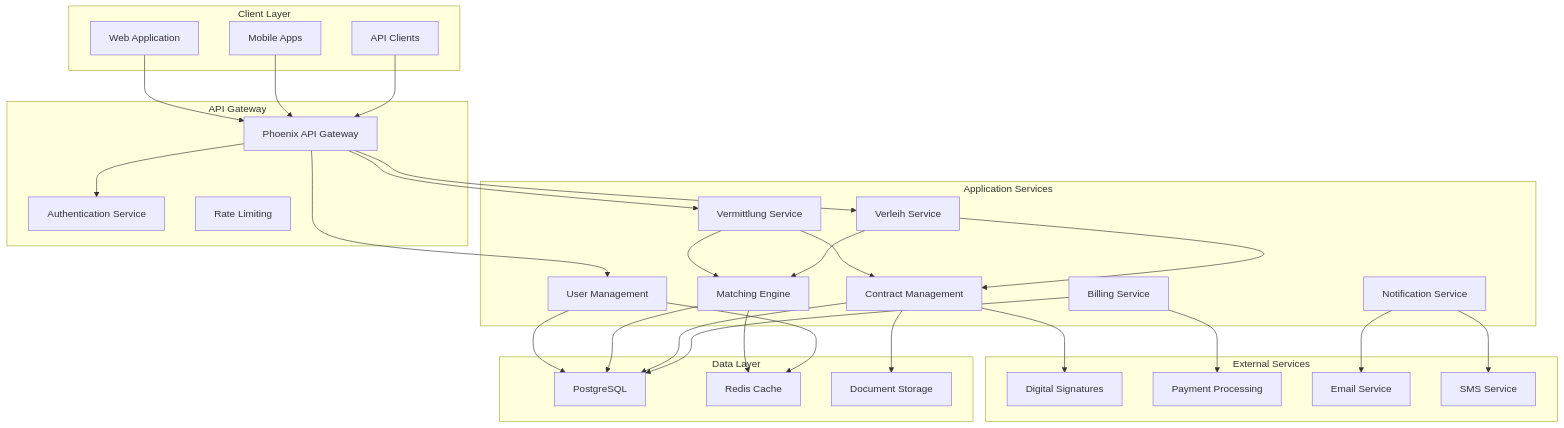
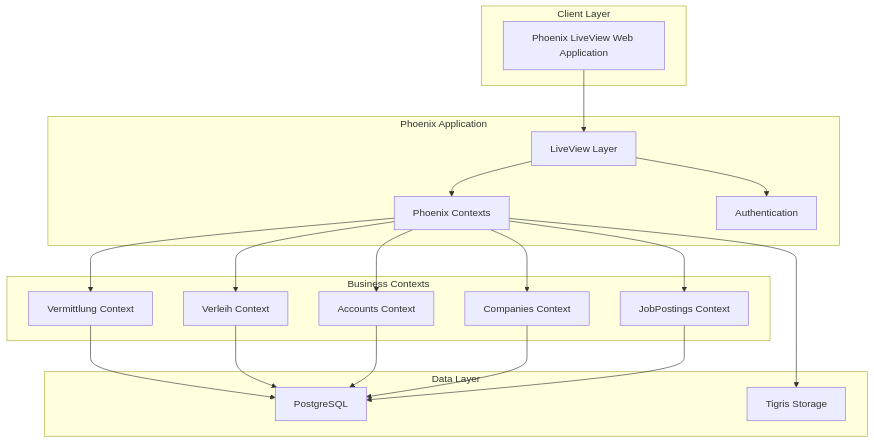
One commit to 3Stones-io/bemeda_personal changed the diagram in docs/architecture-design/index.md. Above: the diagram before and after it, drawn with Mermaid. The commit also changed other lines of this file and 4 other files, not shown here.

Commit message:
Correct system architecture overview

````diff
--- a/docs/architecture-design/index.md
+++ b/docs/architecture-design/index.md
@@ -94,66 +110,43 @@
 ```mermaid
 graph TB
     subgraph "Client Layer"
-        WEB[Web Application]
-        MOBILE[Mobile Apps]
-        API_CLIENT[API Clients]
+        WEB[Phoenix LiveView Web Application]
     end
-    
-    subgraph "API Gateway"
-        GATEWAY[Phoenix API Gateway]
-        AUTH[Authentication Service]
-        RATE[Rate Limiting]
+
+    subgraph "Phoenix Application"
+        LIVE[LiveView Layer]
+        CONTEXTS[Phoenix Contexts]
+        AUTH[Authentication]
     end
-    
-    subgraph "Application Services"
-        VERMITTLUNG[Vermittlung Service]
-        VERLEIH[Verleih Service]
-        USER[User Management]
-        MATCH[Matching Engine]
-        CONTRACT[Contract Management]
-        BILLING[Billing Service]
-        NOTIFY[Notification Service]
+
+    subgraph "Business Contexts"
+        VERMITTLUNG[Vermittlung Context]
+        VERLEIH[Verleih Context]
+        ACCOUNTS[Accounts Context]
+        COMPANIES[Companies Context]
+        JOBPOSTINGS[JobPostings Context]
     end
-    
+
     subgraph "Data Layer"
         POSTGRES[PostgreSQL]
-        REDIS[Redis Cache]
-        S3[Document Storage]
+        TIGRIS[Tigris Storage]
     end
-    
-    subgraph "External Services"
-        SIGNWELL[Digital Signatures]
-        PAYMENT[Payment Processing]
-        EMAIL[Email Service]
-        SMS[SMS Service]
-    end
-    
-    WEB --> GATEWAY
-    MOBILE --> GATEWAY
-    API_CLIENT --> GATEWAY
-    
-    GATEWAY --> AUTH
-    GATEWAY --> VERMITTLUNG
-    GATEWAY --> VERLEIH
-    GATEWAY --> USER
-    
-    VERMITTLUNG --> MATCH
-    VERLEIH --> MATCH
-    VERMITTLUNG --> CONTRACT
-    VERLEIH --> CONTRACT
-    CONTRACT --> SIGNWELL
-    
-    BILLING --> PAYMENT
-    NOTIFY --> EMAIL
-    NOTIFY --> SMS
-    
-    USER --> POSTGRES
-    MATCH --> POSTGRES
-    CONTRACT --> POSTGRES
-    BILLING --> POSTGRES
-    
-    MATCH --> REDIS
-    USER --> REDIS
-    
-    CONTRACT --> S3
+
+    WEB --> LIVE
+    LIVE --> AUTH
+    LIVE --> CONTEXTS
+
+    CONTEXTS --> VERMITTLUNG
+    CONTEXTS --> VERLEIH
+    CONTEXTS --> ACCOUNTS
+    CONTEXTS --> COMPANIES
+    CONTEXTS --> JOBPOSTINGS
+
+    VERMITTLUNG --> POSTGRES
+    VERLEIH --> POSTGRES
+    ACCOUNTS --> POSTGRES
+    COMPANIES --> POSTGRES
+    JOBPOSTINGS --> POSTGRES
+
+    CONTEXTS --> TIGRIS
 ```
````
